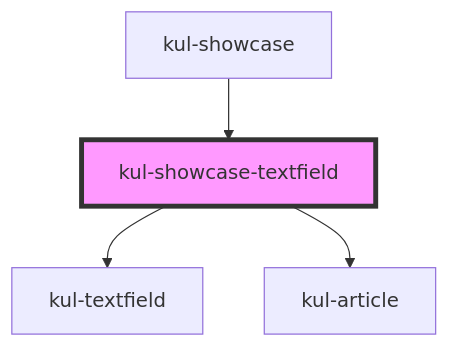
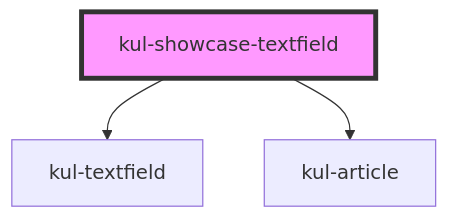
Before and after one commit to smeup/ketchup: the diagram in packages/ketchup-lite/src/components/kul-showcase/components/textfield/readme.md, drawn with Mermaid. The commit also changed other lines of this file and 25 other files, not shown here.

````diff
--- a/packages/ketchup-lite/src/components/kul-showcase/components/textfield/readme.md
+++ b/packages/ketchup-lite/src/components/kul-showcase/components/textfield/readme.md
@@ -33,7 +29,6 @@
 ```mermaid
 graph TD;
   kul-showcase-textfield --> kul-textfield
   kul-showcase-textfield --> kul-article
-  kul-showcase --> kul-showcase-textfield
   style kul-showcase-textfield fill:#f9f,stroke:#333,stroke-width:4px
 ```
````
